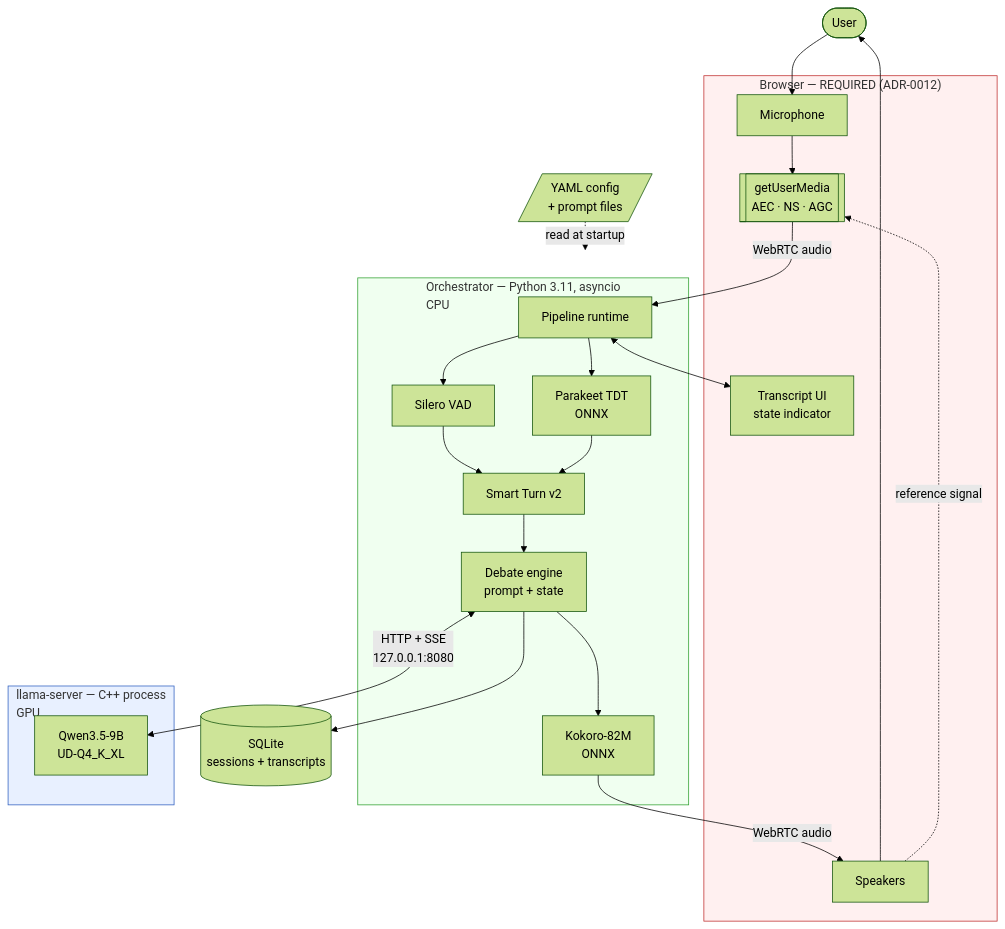
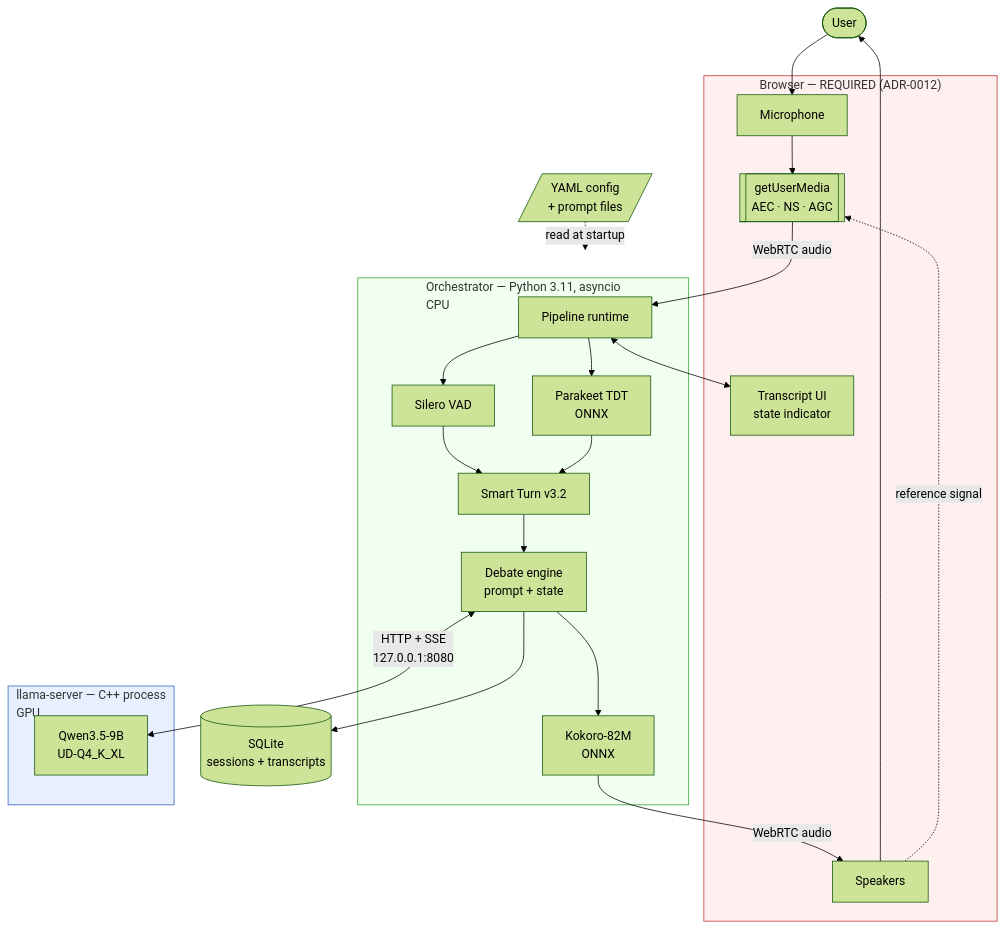
The second of 4 diagrams in docs/02-architecture/01-architecture-overview.md (fahamin5149/contra-debate-agent), drawn with Mermaid (forest theme) before and after one commit. The commit also changed other lines of this file and 22 other files, not shown here.

````diff
--- a/docs/02-architecture/01-architecture-overview.md
+++ b/docs/02-architecture/01-architecture-overview.md
@@ -45,43 +45,43 @@
 ```mermaid
 graph TB
     User([User])
 
     subgraph Client["Browser — REQUIRED (ADR-0012)"]
         Mic[Microphone]
         AEC[["getUserMedia<br/>AEC · NS · AGC"]]
         Spk[Speakers]
         UI[Transcript UI<br/>state indicator]
     end
 
     subgraph Orch["Orchestrator — Python 3.11, asyncio<br/>CPU"]
         Pipeline[Pipeline runtime]
         VAD[Silero VAD]
-        Turn[Smart Turn v2]
+        Turn[Smart Turn v3.2]
         STT[Parakeet TDT<br/>ONNX]
         TTS[Kokoro-82M<br/>ONNX]
         Debate[Debate engine<br/>prompt + state]
     end
 
     subgraph LLMProc["llama-server — C++ process<br/>GPU"]
         Llama[Qwen3.5-9B<br/>UD-Q4_K_XL]
     end
 
     Store[(SQLite<br/>sessions + transcripts)]
     Cfg[/YAML config<br/>+ prompt files/]
 
     User --> Mic --> AEC -->|WebRTC audio| Pipeline
     Pipeline --> VAD & STT
     VAD --> Turn
     STT --> Turn
     Turn --> Debate
     Debate <-->|HTTP + SSE<br/>127.0.0.1:8080| Llama
     Debate --> TTS -->|WebRTC audio| Spk --> User
     Spk -.->|reference signal| AEC
     Pipeline <--> UI
     Debate --> Store
     Cfg -.->|read at startup| Orch
 
     style LLMProc fill:#e8f0ff,stroke:#3060c0
     style Orch fill:#f0fff0,stroke:#30a030
     style Client fill:#fff0f0,stroke:#c03030
 ```
````
